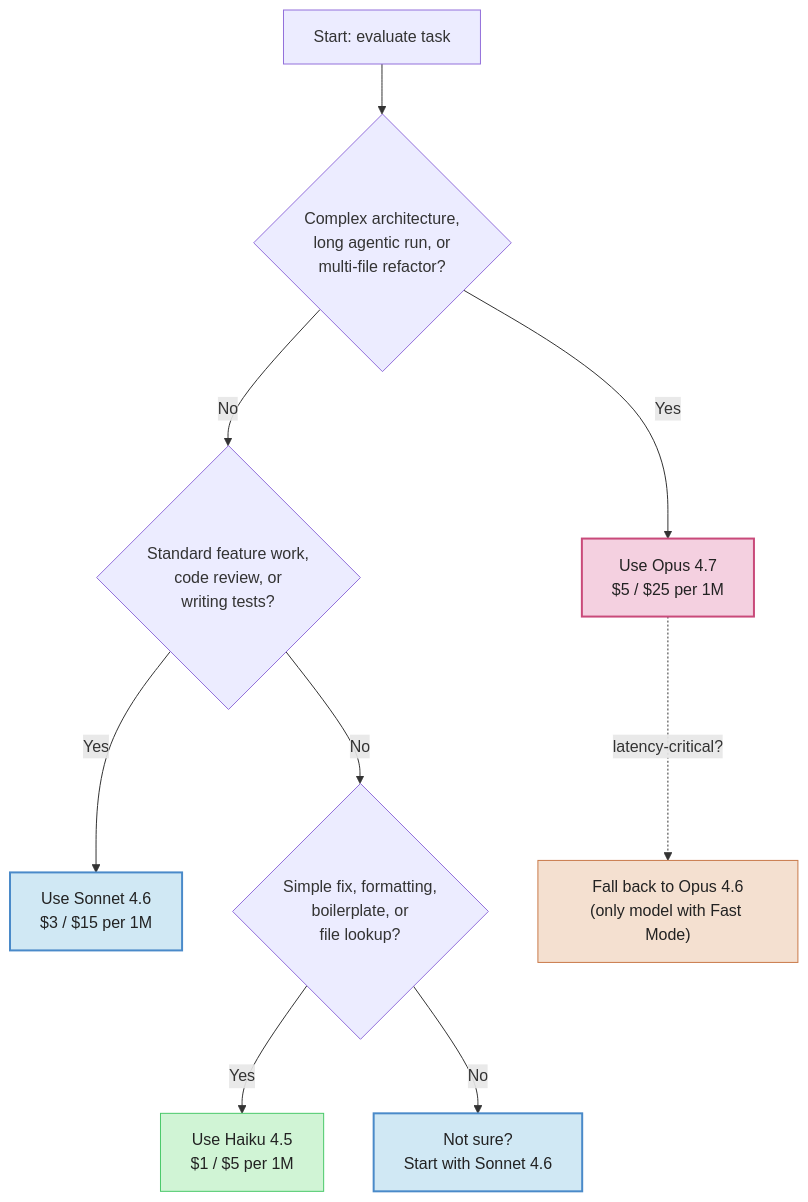
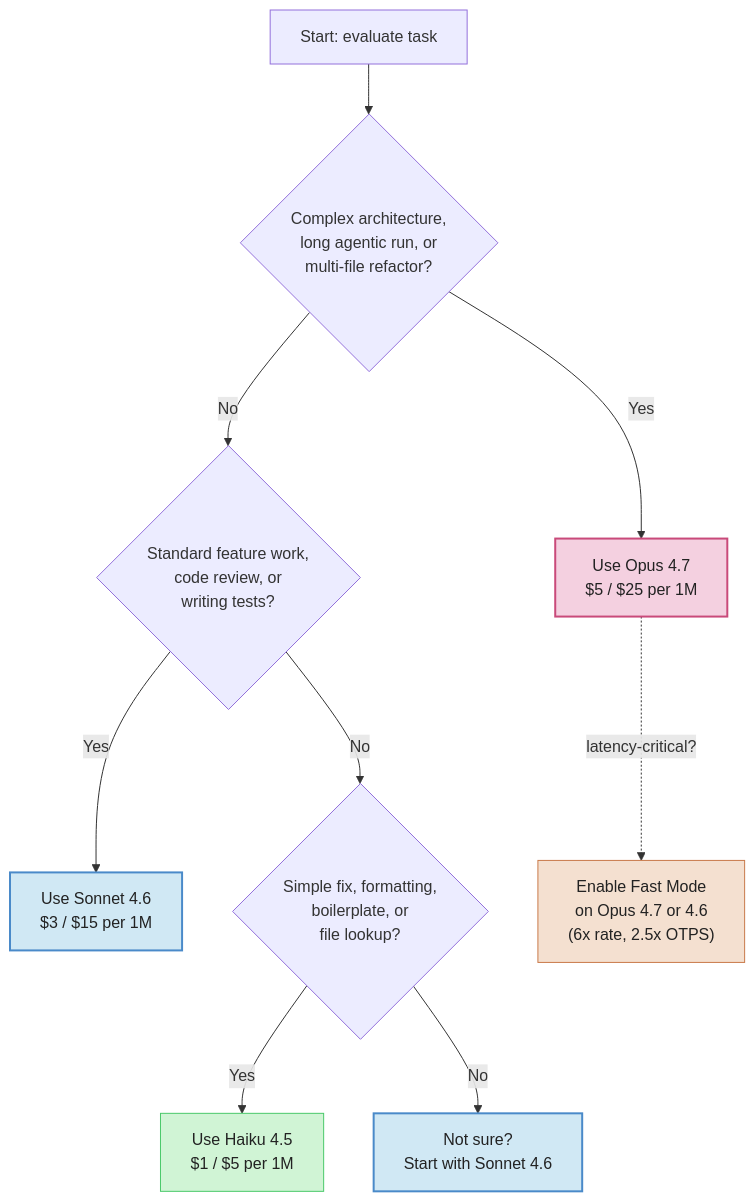
Before and after one commit to Sagargupta16/claude-cost-optimizer: the second of 5 diagrams in guides/diagrams.md, drawn with Mermaid. The commit also changed other lines of this file and 11 other files, not shown here.

First line of the commit message:
fix: refresh pricing, Fast Mode scope, retirement dates (2026-05-22) (#28)

````diff
--- a/guides/diagrams.md
+++ b/guides/diagrams.md
@@ -65,22 +69,22 @@
 ```mermaid
 flowchart TD
     A[Start: evaluate task] --> B{"Complex architecture,<br/>long agentic run, or<br/>multi-file refactor?"}
     B -- Yes --> C["Use Opus 4.7<br/>$5 / $25 per 1M"]
     B -- No --> D{"Standard feature work,<br/>code review, or<br/>writing tests?"}
     D -- Yes --> E["Use Sonnet 4.6<br/>$3 / $15 per 1M"]
     D -- No --> F{"Simple fix, formatting,<br/>boilerplate, or<br/>file lookup?"}
     F -- Yes --> G["Use Haiku 4.5<br/>$1 / $5 per 1M"]
     F -- No --> H["Not sure?<br/>Start with Sonnet 4.6"]
 
-    C -. "latency-critical?" .-> C2["Fall back to Opus 4.6<br/>(only model with Fast Mode)"]
+    C -. "latency-critical?" .-> C2["Enable Fast Mode<br/>on Opus 4.7 or 4.6<br/>(6x rate, 2.5x OTPS)"]
 
     classDef flagship fill:#f4d0e0,stroke:#c94a7a,stroke-width:2px,color:#222
-    classDef legacy fill:#f4e0d0,stroke:#c97a4a,color:#222
+    classDef fast fill:#f4e0d0,stroke:#c97a4a,color:#222
     classDef mid fill:#d0e8f4,stroke:#4a8ac9,stroke-width:2px,color:#222
     classDef low fill:#d0f4d5,stroke:#4ac96a,color:#222
 
     class C flagship
-    class C2 legacy
+    class C2 fast
     class E,H mid
     class G low
 ```
````
